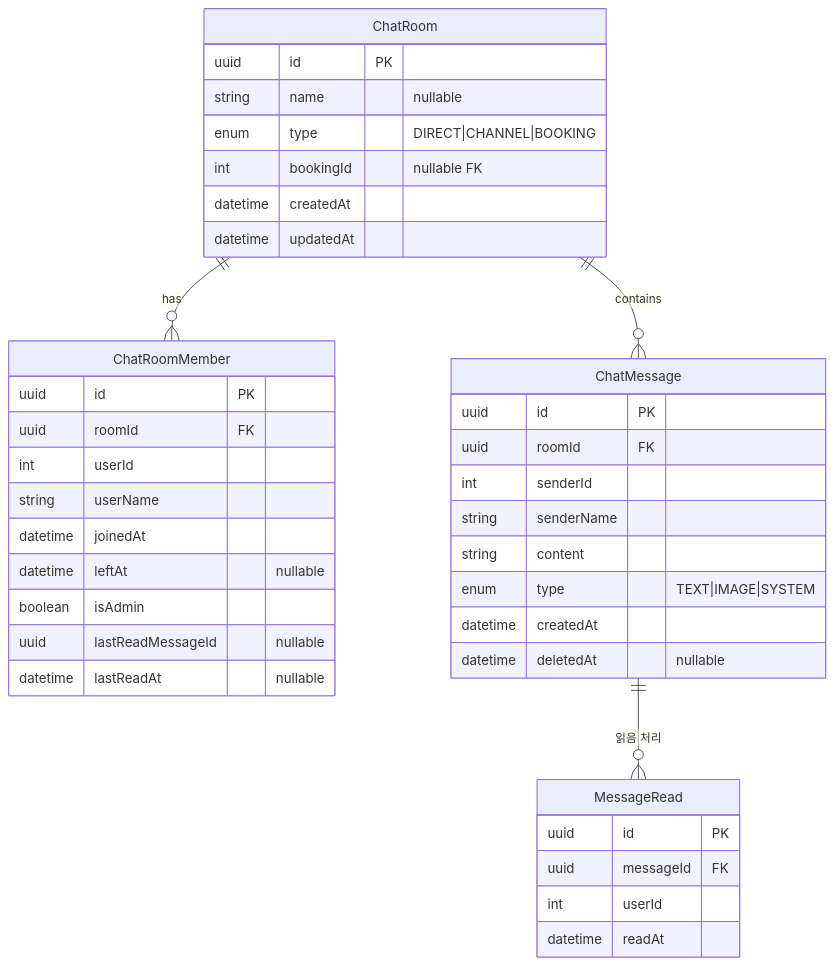
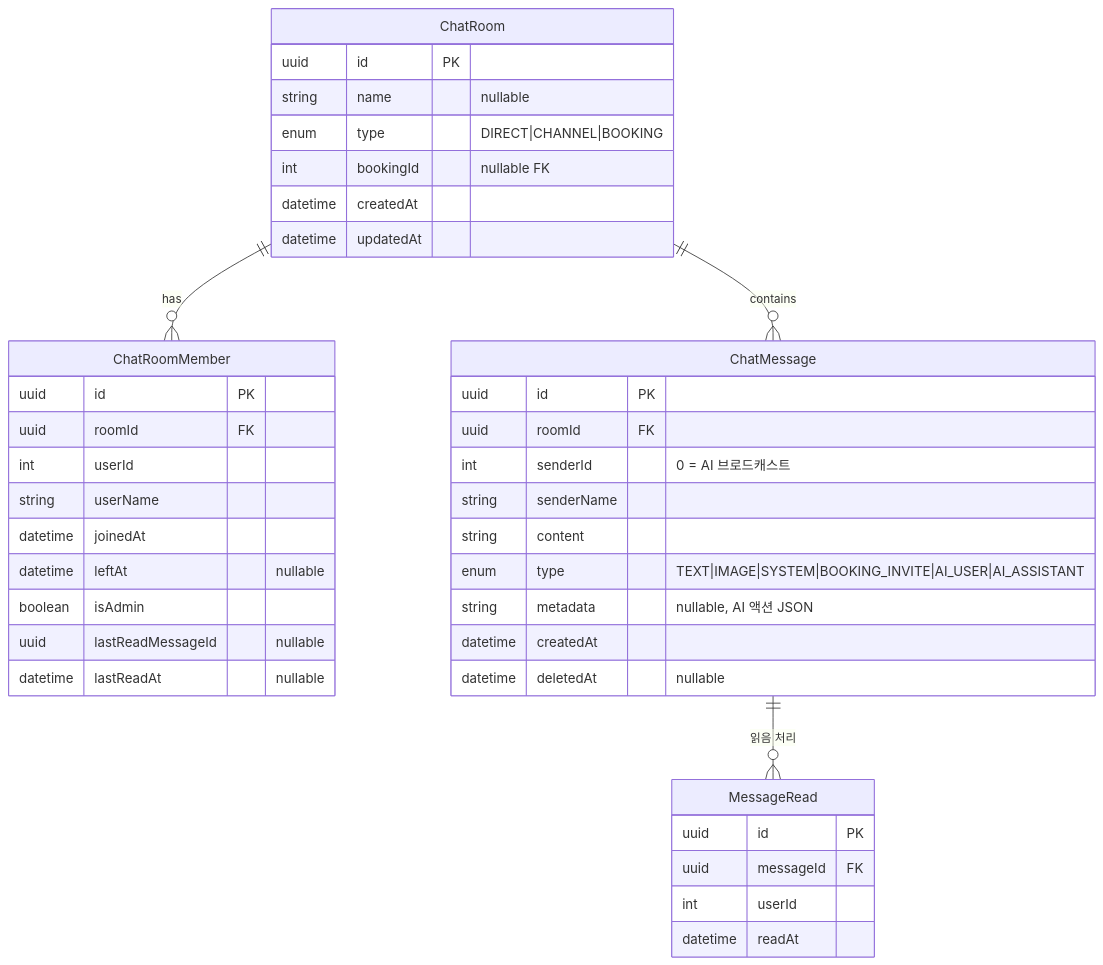
One commit to uniyous/parkgolf-platform changed diagram 21 of 37 in docs/workflow/CHAT.md. Above: the diagram before and after it, drawn with Mermaid. The commit also changed other lines of this file and 1 other file, not shown here.

````diff
--- a/docs/workflow/CHAT.md
+++ b/docs/workflow/CHAT.md
@@ -668,45 +704,46 @@
 ```mermaid
 erDiagram
     ChatRoom ||--o{ ChatRoomMember : has
     ChatRoom ||--o{ ChatMessage : contains
     ChatMessage ||--o{ MessageRead : "읽음 처리"
 
     ChatRoom {
         uuid id PK
         string name "nullable"
         enum type "DIRECT|CHANNEL|BOOKING"
         int bookingId "nullable FK"
         datetime createdAt
         datetime updatedAt
     }
 
     ChatRoomMember {
         uuid id PK
         uuid roomId FK
         int userId
         string userName
         datetime joinedAt
         datetime leftAt "nullable"
         boolean isAdmin
         uuid lastReadMessageId "nullable"
         datetime lastReadAt "nullable"
     }
 
     ChatMessage {
         uuid id PK
         uuid roomId FK
-        int senderId
+        int senderId "0 = AI 브로드캐스트"
         string senderName
         string content
-        enum type "TEXT|IMAGE|SYSTEM"
+        enum type "TEXT|IMAGE|SYSTEM|BOOKING_INVITE|AI_USER|AI_ASSISTANT"
+        string metadata "nullable, AI 액션 JSON"
         datetime createdAt
         datetime deletedAt "nullable"
     }
 
     MessageRead {
         uuid id PK
         uuid messageId FK
         int userId
         datetime readAt
     }
 ```
````
